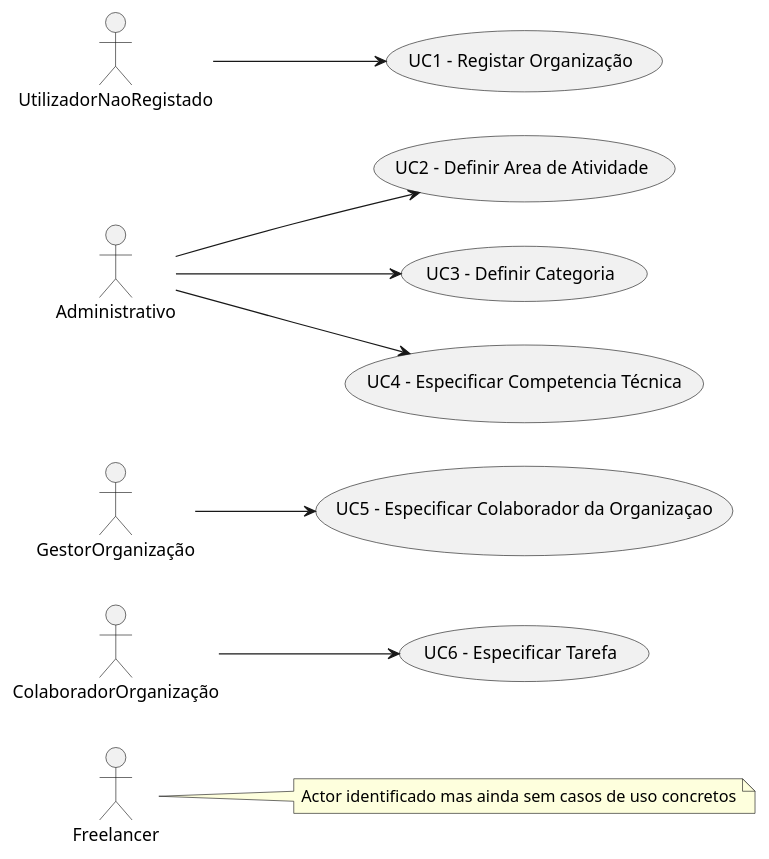
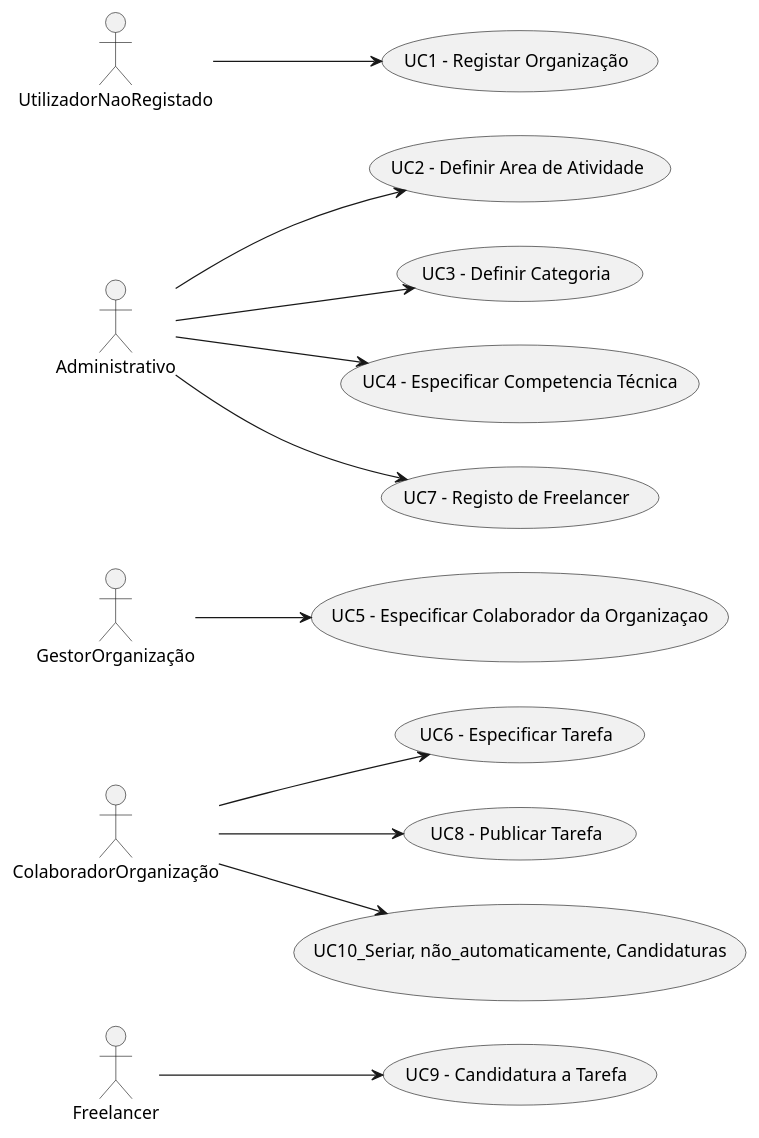
One commit to blestonbandeiraUPSKILL/upskill_java1_labprg_grupo2 changed the diagram in Documentação/Sprint 3/Diagrama_Casos_Uso/Diagrama_Casos_Uso.plantuml. Above: the diagram before and after it, drawn with PlantUML.

Commit message:
diagrama casos uso

```diff
--- a/Documentação/Sprint 3/Diagrama_Casos_Uso/Diagrama_Casos_Uso.plantuml
+++ b/Documentação/Sprint 3/Diagrama_Casos_Uso/Diagrama_Casos_Uso.plantuml
@@ -1,18 +1,23 @@
 @startuml
 
 left to right direction 
 actor Freelancer
 actor ColaboradorOrganização
 actor GestorOrganização
 actor Administrativo
 actor UtilizadorNaoRegistado
 
-note right of Freelancer : Actor identificado mas ainda sem casos de uso concretos
 
+
+
+Freelancer --> (UC9 - Candidatura a Tarefa)
 ColaboradorOrganização --> (UC6 - Especificar Tarefa)
+ColaboradorOrganização --> (UC8 - Publicar Tarefa)
+ColaboradorOrganização --> (UC10_Seriar, não_automaticamente, Candidaturas)
 GestorOrganização --> (UC5 - Especificar Colaborador da Organizaçao)
 Administrativo --> (UC2 - Definir Area de Atividade)
 Administrativo --> (UC3 - Definir Categoria)
 Administrativo --> (UC4 - Especificar Competencia Técnica)
+Administrativo --> (UC7 - Registo de Freelancer)
 UtilizadorNaoRegistado --> (UC1 - Registar Organização)
 @enduml
```
